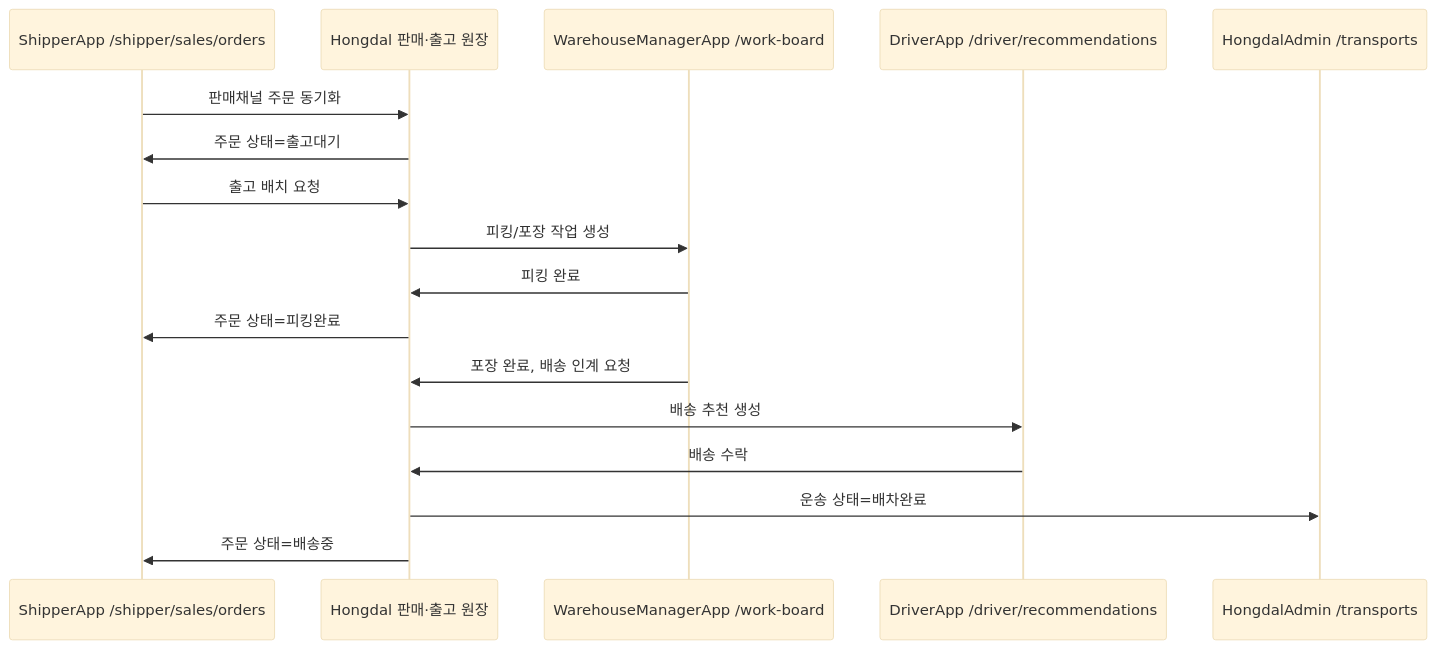
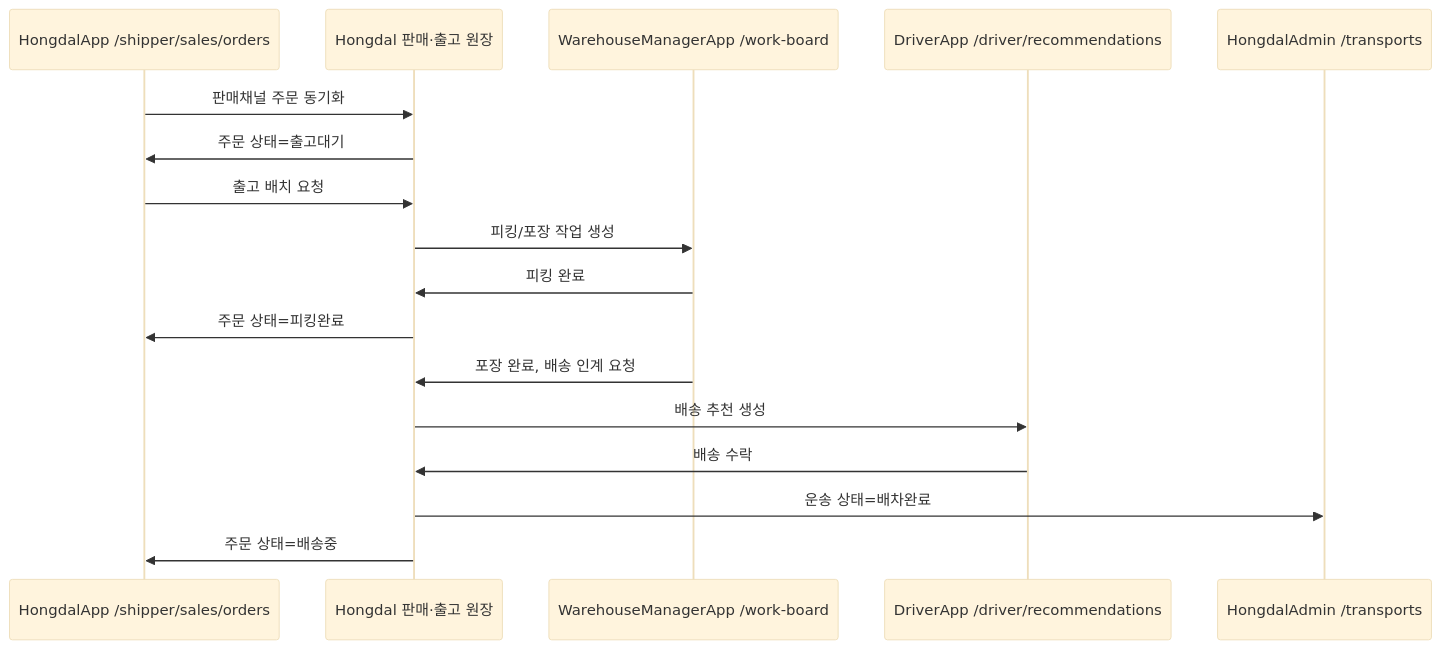
Before and after one commit to cheolwo/hongdal: the sixth of 9 diagrams in docs/ProjectOverview/workflow-app-screen-map.md, drawn with Mermaid (base theme). The commit also changed other lines of this file and 140 other files, not shown here.

````diff
--- a/docs/ProjectOverview/workflow-app-screen-map.md
+++ b/docs/ProjectOverview/workflow-app-screen-map.md
@@ -195,20 +195,20 @@
 ```mermaid
 sequenceDiagram
-    participant Seller as ShipperApp /shipper/sales/orders
+    participant Seller as HongdalApp /shipper/sales/orders
     participant Server as Hongdal 판매·출고 원장
     participant Warehouse as WarehouseManagerApp /work-board
     participant Driver as DriverApp /driver/recommendations
     participant Admin as HongdalAdmin /transports
 
     Seller->>Server: 판매채널 주문 동기화
     Server->>Seller: 주문 상태=출고대기
     Seller->>Server: 출고 배치 요청
     Server->>Warehouse: 피킹/포장 작업 생성
     Warehouse->>Server: 피킹 완료
     Server->>Seller: 주문 상태=피킹완료
     Warehouse->>Server: 포장 완료, 배송 인계 요청
     Server->>Driver: 배송 추천 생성
     Driver->>Server: 배송 수락
     Server->>Admin: 운송 상태=배차완료
     Server->>Seller: 주문 상태=배송중
 ```
````
